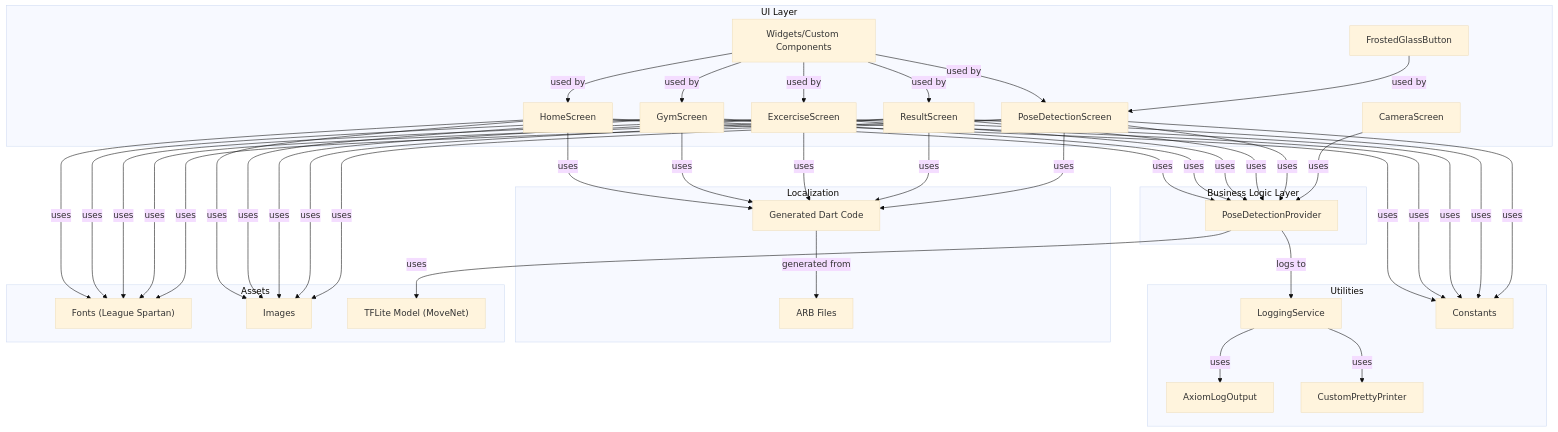
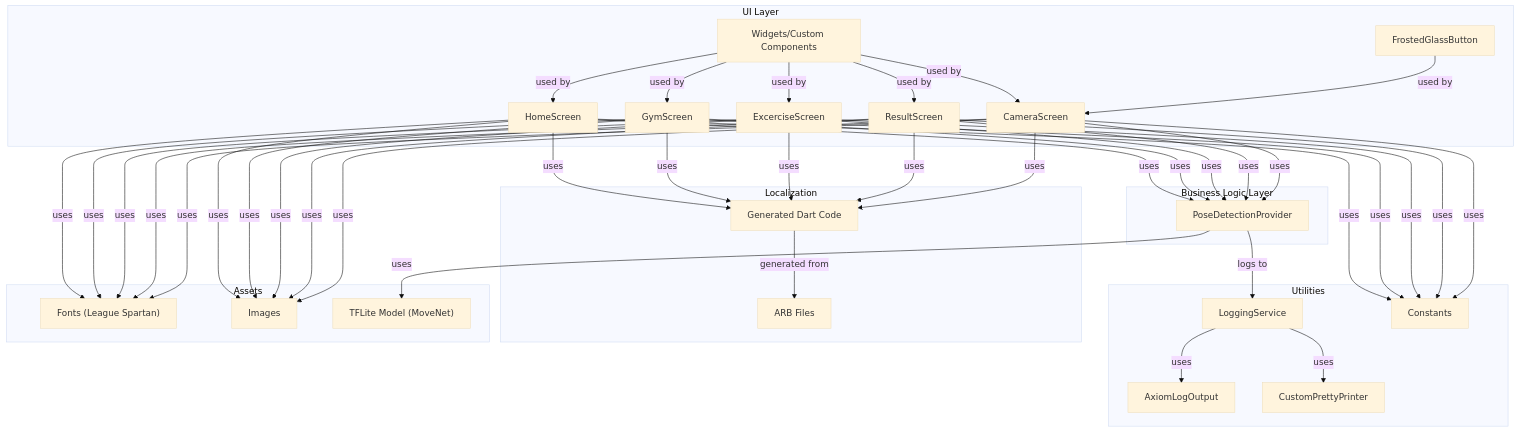
Before and after one commit to LolBaum/PeakForm: the diagram in README.md, drawn with Mermaid (base theme). The commit also changed other lines of this file and 1 other file, not shown here.

Commit message:
Update Readme and added thumbnail

````diff
--- a/README.md
+++ b/README.md
@@ -110,69 +110,67 @@
 ```mermaid
 flowchart TD
   subgraph UI_Layer[UI Layer]
     HomeScreen["HomeScreen"]
     GymScreen["GymScreen"]
     ExcerciseScreen["ExcerciseScreen"]
     ResultScreen["ResultScreen"]
-    PoseDetectionScreen["PoseDetectionScreen"]
     CameraScreen["CameraScreen"]
     Widgets["Widgets/Custom Components"]
     FrostedGlassButton["FrostedGlassButton"]
   end
   subgraph Providers[Business Logic Layer]
     PoseDetectionProvider["PoseDetectionProvider"]
   end
   subgraph Util[Utilities]
     LoggingService["LoggingService"]
     AxiomLogOutput["AxiomLogOutput"]
     CustomPrettyPrinter["CustomPrettyPrinter"]
     Constants["Constants"]
   end
   subgraph L10n[Localization]
     L10nFiles["ARB Files"]
     L10nGen["Generated Dart Code"]
   end
   subgraph Assets[Assets]
     Fonts["Fonts (League Spartan)"]
     Images["Images"]
     Model["TFLite Model (MoveNet)"]
   end
 
   HomeScreen -->|"uses"| PoseDetectionProvider
   GymScreen -->|"uses"| PoseDetectionProvider
   ExcerciseScreen -->|"uses"| PoseDetectionProvider
   ResultScreen -->|"uses"| PoseDetectionProvider
-  PoseDetectionScreen -->|"uses"| PoseDetectionProvider
   CameraScreen -->|"uses"| PoseDetectionProvider
   Widgets -->|"used by"| HomeScreen
   Widgets -->|"used by"| GymScreen
   Widgets -->|"used by"| ExcerciseScreen
   Widgets -->|"used by"| ResultScreen
-  Widgets -->|"used by"| PoseDetectionScreen
-  FrostedGlassButton -->|"used by"| PoseDetectionScreen
+  Widgets -->|"used by"| CameraScreen
+  FrostedGlassButton -->|"used by"| CameraScreen
   PoseDetectionProvider -->|"logs to"| LoggingService
   LoggingService -->|"uses"| AxiomLogOutput
   LoggingService -->|"uses"| CustomPrettyPrinter
   HomeScreen -->|"uses"| Constants
   GymScreen -->|"uses"| Constants
   ExcerciseScreen -->|"uses"| Constants
   ResultScreen -->|"uses"| Constants
-  PoseDetectionScreen -->|"uses"| Constants
+  CameraScreen -->|"uses"| Constants
   HomeScreen -->|"uses"| L10nGen
   GymScreen -->|"uses"| L10nGen
   ExcerciseScreen -->|"uses"| L10nGen
   ResultScreen -->|"uses"| L10nGen
-  PoseDetectionScreen -->|"uses"| L10nGen
+  CameraScreen -->|"uses"| L10nGen
   L10nGen -->|"generated from"| L10nFiles
   PoseDetectionProvider -->|"uses"| Model
   HomeScreen -->|"uses"| Images
   GymScreen -->|"uses"| Images
   ExcerciseScreen -->|"uses"| Images
   ResultScreen -->|"uses"| Images
-  PoseDetectionScreen -->|"uses"| Images
+  CameraScreen -->|"uses"| Images
   HomeScreen -->|"uses"| Fonts
   GymScreen -->|"uses"| Fonts
   ExcerciseScreen -->|"uses"| Fonts
   ResultScreen -->|"uses"| Fonts
-  PoseDetectionScreen -->|"uses"| Fonts
+  CameraScreen -->|"uses"| Fonts
 ```
````
